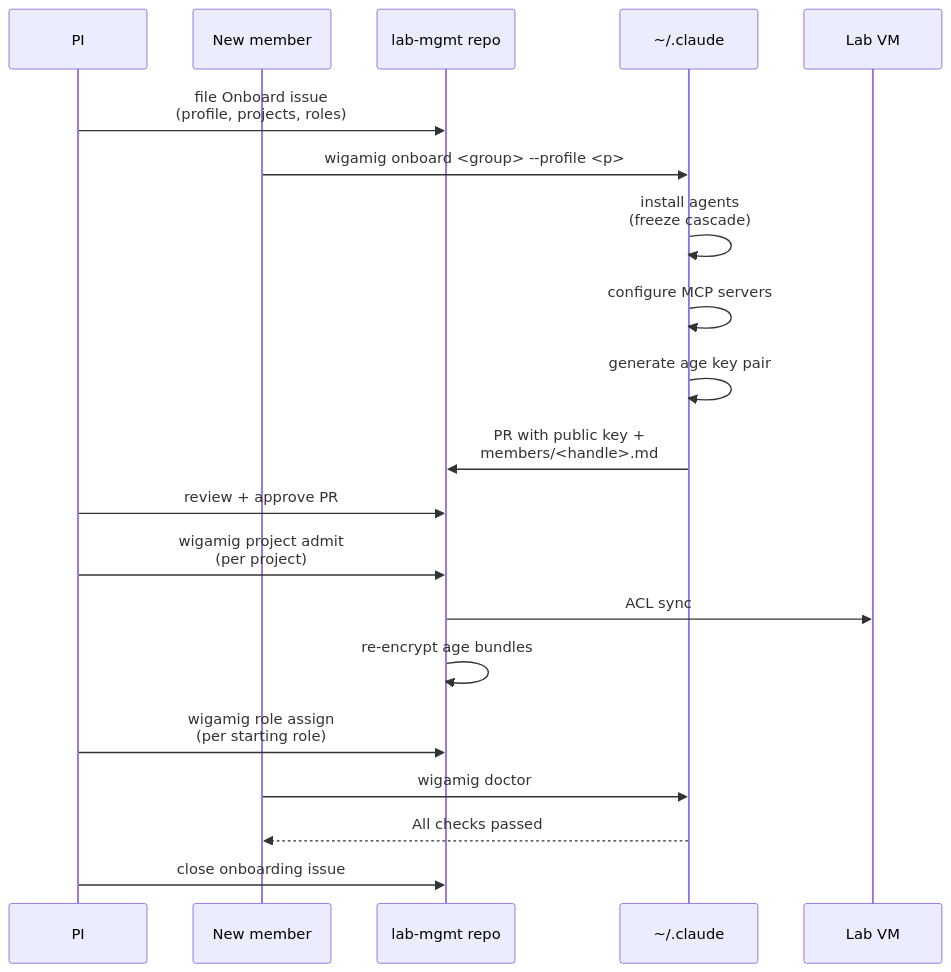
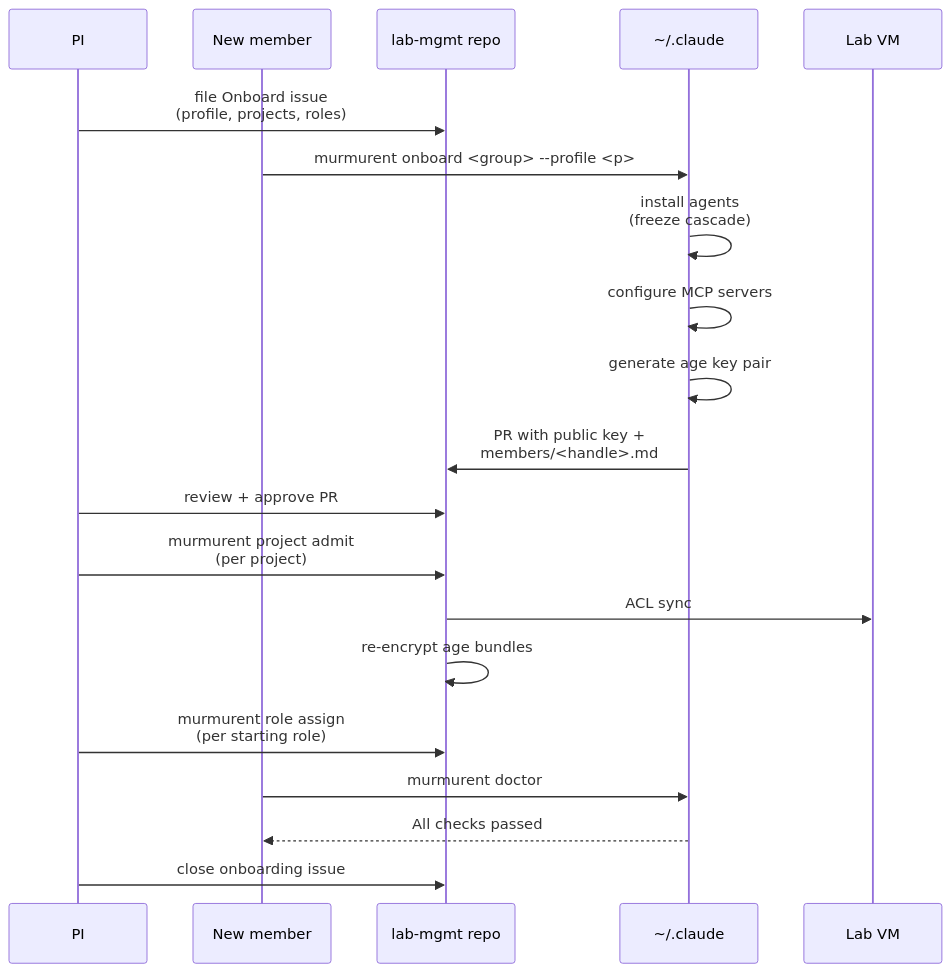
The fifth of 7 diagrams in docs/diagrams.md (hallettmiket/murmurent), drawn with Mermaid before and after one commit. The commit also changed other lines of this file and 38 other files, not shown here.

````diff
--- a/docs/diagrams.md
+++ b/docs/diagrams.md
@@ -121,22 +121,22 @@
 ```mermaid
 sequenceDiagram
     participant PI
     participant New as New member
     participant LMR as lab-mgmt repo
     participant CC as ~/.claude
     participant LV as Lab VM
     PI->>LMR: file Onboard issue<br/>(profile, projects, roles)
-    New->>CC: wigamig onboard <group> --profile <p>
+    New->>CC: murmurent onboard <group> --profile <p>
     CC->>CC: install agents<br/>(freeze cascade)
     CC->>CC: configure MCP servers
     CC->>CC: generate age key pair
     CC->>LMR: PR with public key +<br/>members/<handle>.md
     PI->>LMR: review + approve PR
-    PI->>LMR: wigamig project admit<br/>(per project)
+    PI->>LMR: murmurent project admit<br/>(per project)
     LMR->>LV: ACL sync
     LMR->>LMR: re-encrypt age bundles
-    PI->>LMR: wigamig role assign<br/>(per starting role)
-    New->>CC: wigamig doctor
+    PI->>LMR: murmurent role assign<br/>(per starting role)
+    New->>CC: murmurent doctor
     CC-->>New: All checks passed
     PI->>LMR: close onboarding issue
 ```
````
